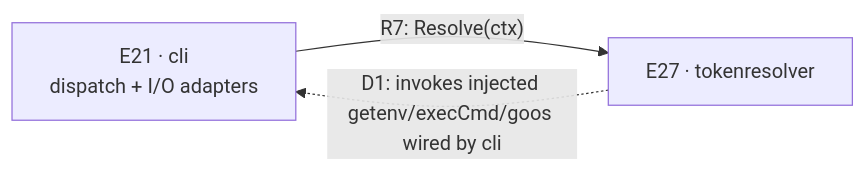
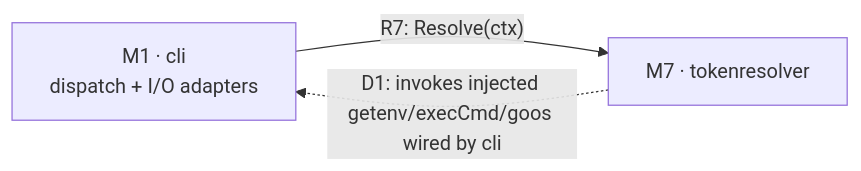
One commit to toejough/engram changed the sixth of 7 diagrams in skills/c4/references/mermaid-conventions.md. Above: the diagram before and after it, drawn with Mermaid. The commit also changed other lines of this file and 21 other files, not shown here.

````diff
--- a/skills/c4/references/mermaid-conventions.md
+++ b/skills/c4/references/mermaid-conventions.md
@@ -154,7 +156,7 @@
 ```mermaid
 flowchart LR
-    e21[E21 · cli<br/>dispatch + I/O adapters]
-    e27[E27 · tokenresolver]
-    e21 -->|"R7: Resolve(ctx)"| e27
-    e27 -.->|"D1: invokes injected getenv/execCmd/goos wired by cli"| e21
+    m1[M1 · cli<br/>dispatch + I/O adapters]
+    m7[M7 · tokenresolver]
+    m1 -->|"R7: Resolve(ctx)"| m7
+    m7 -.->|"D1: invokes injected getenv/execCmd/goos wired by cli"| m1
 ```
````
